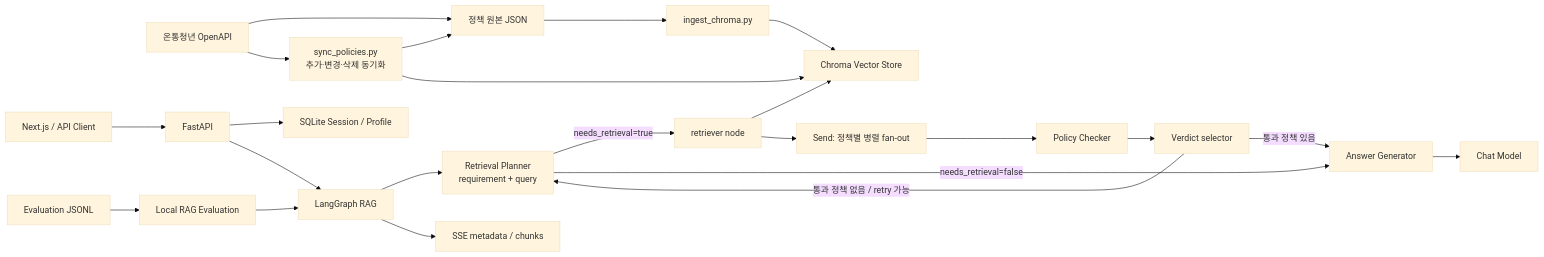
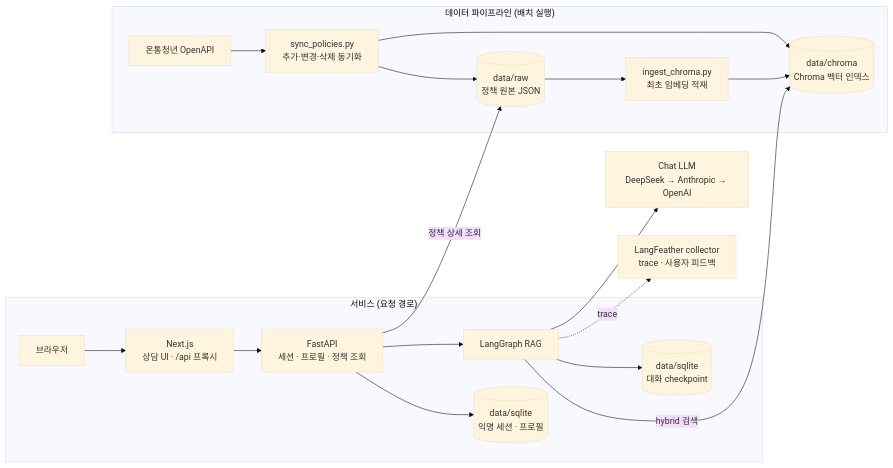
One commit to SungjinWi99/Youth-Policy-RAG changed the first of 2 diagrams in README.md. Above: the diagram before and after it, drawn with Mermaid (base theme). The commit also changed other lines of this file and 1 other file, not shown here.

````diff
--- a/README.md
+++ b/README.md
@@ -29,27 +47,23 @@
 ```mermaid
 flowchart LR
-    API["온통청년 OpenAPI"] --> RAW["정책 원본 JSON"]
-    API --> SYNC["sync_policies.py<br/>추가·변경·삭제 동기화"]
-    SYNC --> RAW
-    SYNC --> CHROMA
-    RAW --> INGEST["ingest_chroma.py"]
-    INGEST --> CHROMA["Chroma Vector Store"]
+    subgraph ingest["데이터 파이프라인 (배치 실행)"]
+        YOUTH["온통청년 OpenAPI"] --> SYNC["sync_policies.py<br/>추가·변경·삭제 동기화"]
+        SYNC --> RAW[("data/raw<br/>정책 원본 JSON")]
+        RAW --> INGEST["ingest_chroma.py<br/>최초 임베딩 적재"]
+        SYNC --> CHROMA
+        INGEST --> CHROMA[("data/chroma<br/>Chroma 벡터 인덱스")]
+    end
 
-    CLIENT["Next.js / API Client"] --> FASTAPI["FastAPI"]
-    FASTAPI --> USERDB["SQLite Session / Profile"]
-    FASTAPI --> GRAPH["LangGraph RAG"]
-    GRAPH --> PLANNER["Retrieval Planner<br/>requirement + query"]
-    PLANNER -->|"needs_retrieval=true"| RETRIEVE["retriever node"]
-    PLANNER -->|"needs_retrieval=false"| GENERATOR["Answer Generator"]
-    RETRIEVE --> CHROMA
-    RETRIEVE --> SEND["Send: 정책별 병렬 fan-out"]
-    SEND --> CHECKER["Policy Checker"]
-    CHECKER --> SELECTOR["Verdict selector"]
-    SELECTOR -->|"통과 정책 있음"| GENERATOR
-    SELECTOR -->|"통과 정책 없음 / retry 가능"| PLANNER
-    GENERATOR --> LLM["Chat Model"]
-    GRAPH --> SSE["SSE metadata / chunks"]
+    subgraph serve["서비스 (요청 경로)"]
+        BROWSER["브라우저"] --> WEB["Next.js<br/>상담 UI · /api 프록시"]
+        WEB --> API["FastAPI<br/>세션 · 프로필 · 정책 조회"]
+        API --> RAG["LangGraph RAG"]
+        API --> SESSDB[("data/sqlite<br/>익명 세션 · 프로필")]
+        RAG --> CKPT[("data/sqlite<br/>대화 checkpoint")]
+    end
 
-    EVALDATA["Evaluation JSONL"] --> EVALRUN["Local RAG Evaluation"]
-    EVALRUN --> GRAPH
+    API -->|정책 상세 조회| RAW
+    RAG -->|hybrid 검색| CHROMA
+    RAG --> LLM["Chat LLM<br/>DeepSeek → Anthropic → OpenAI"]
+    RAG -.trace.-> LF["LangFeather collector<br/>trace · 사용자 피드백"]
 ```
````
